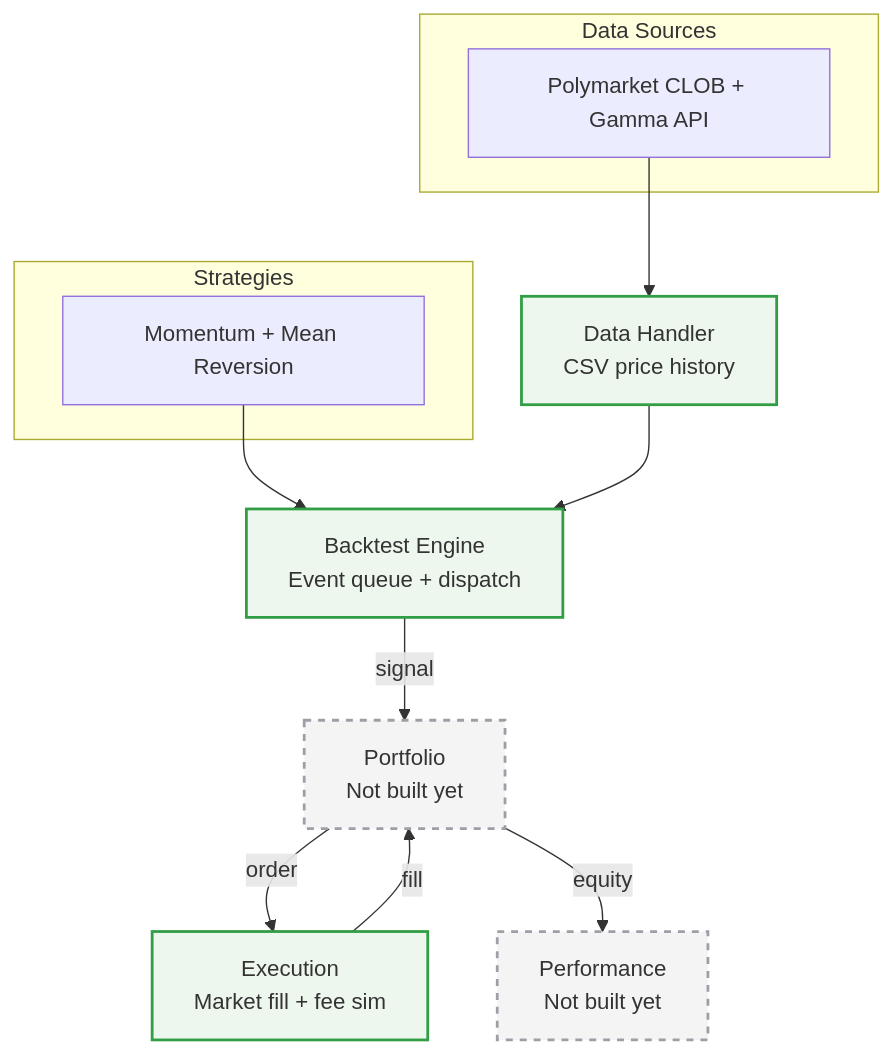
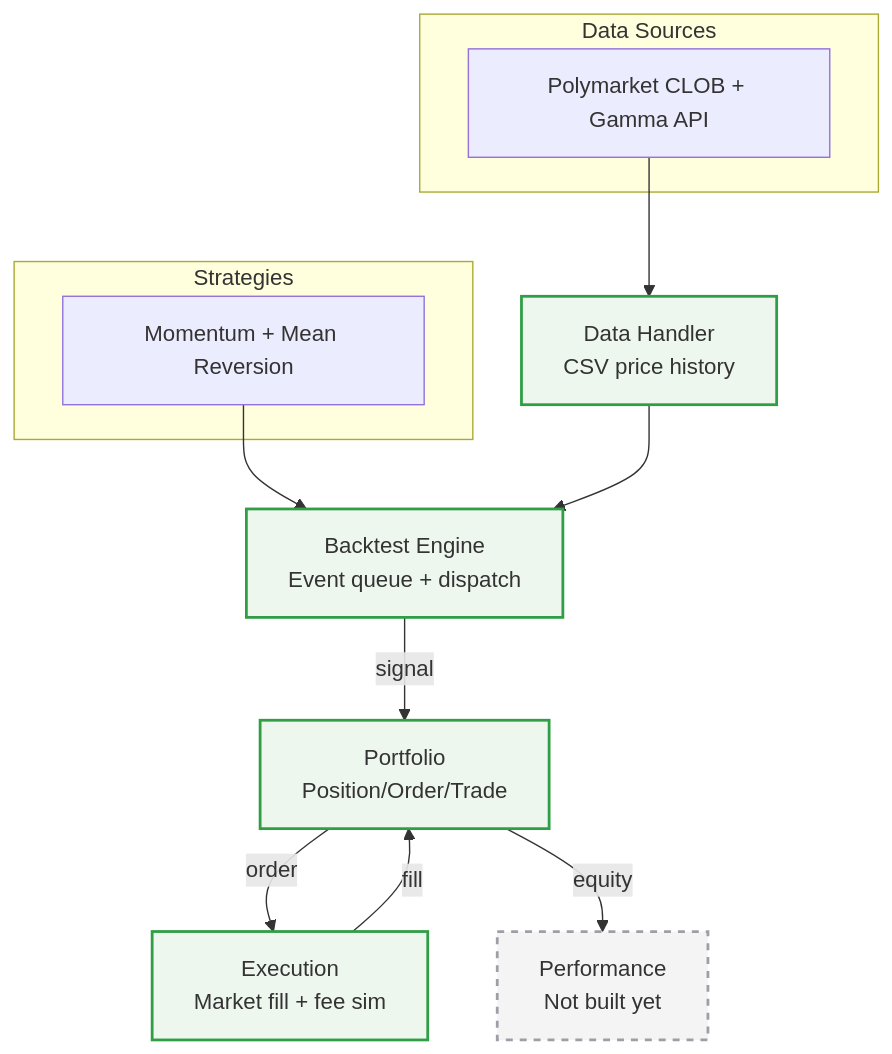
The diagram in ROADMAP.md (archieray/Polymarket-backtesting-engine), drawn with Mermaid before and after one commit. The commit also changed other lines of this file and 11 other files, not shown here.

````diff
--- a/ROADMAP.md
+++ b/ROADMAP.md
@@ -3,25 +3,25 @@
 ```mermaid
 flowchart TD
     subgraph sources[Data Sources]
         DS[Polymarket CLOB + Gamma API]
     end
 
     subgraph strats[Strategies]
         ST[Momentum + Mean Reversion]
     end
 
     DS --> DH
     ST --> BE
 
     DH[Data Handler<br/>CSV price history] --> BE
     BE[Backtest Engine<br/>Event queue + dispatch] -- signal --> PF
-    PF[Portfolio<br/>Not built yet] -- order --> EX
+    PF[Portfolio<br/>Position/Order/Trade] -- order --> EX
     EX[Execution<br/>Market fill + fee sim] -- fill --> PF
     PF -- equity --> PM[Performance<br/>Not built yet]
 
     classDef built fill:#eef7ee,stroke:#2f9e44,stroke-width:2px;
     classDef todo fill:#f4f4f5,stroke:#9e9ea7,stroke-width:2px,stroke-dasharray: 5 5;
 
-    class DH,BE,EX built;
-    class PF,PM todo;
+    class DH,BE,EX,PF built;
+    class PM todo;
 ```
````
